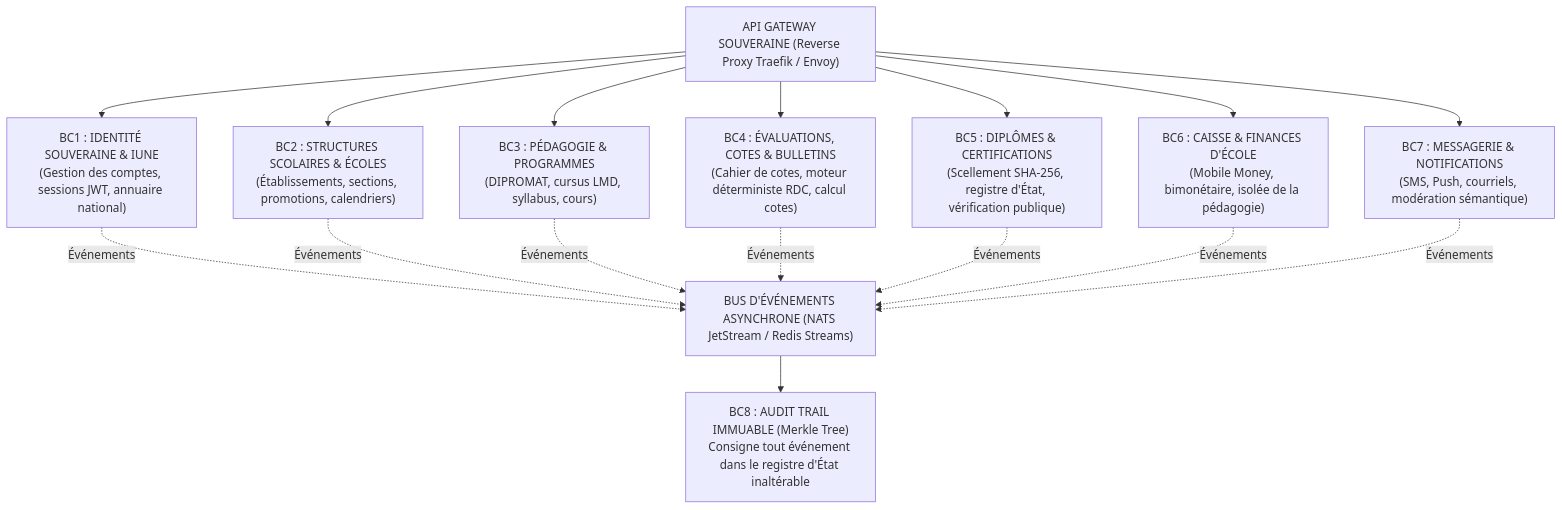
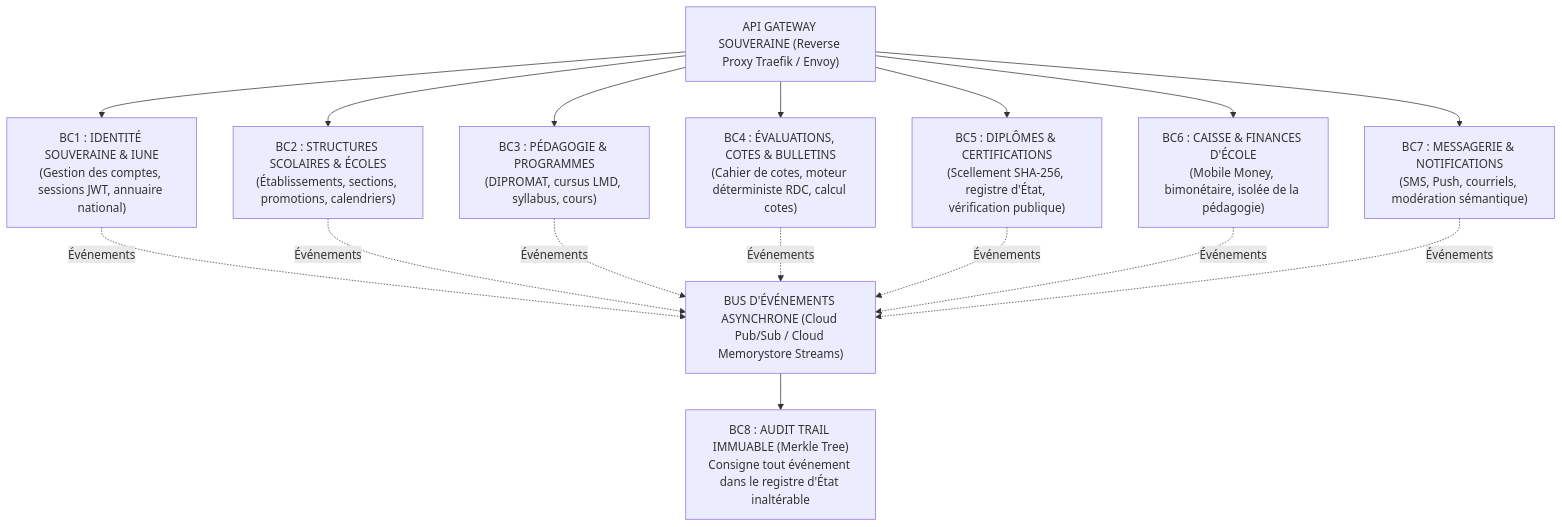
One commit to Adolphechris/clenel-elysium changed the diagram in tome-7/110/README.md. Above: the diagram before and after it, drawn with Mermaid. The commit also changed other lines of this file and 39 other files, not shown here.

````diff
--- a/tome-7/110/README.md
+++ b/tome-7/110/README.md
@@ -20,24 +20,24 @@
 ```mermaid
 graph TD
     API_GW["API GATEWAY SOUVERAINE (Reverse Proxy Traefik / Envoy)"]
     
     API_GW --> BC1["BC1 : IDENTITÉ SOUVERAINE & IUNE\n(Gestion des comptes, sessions JWT, annuaire national)"]
     API_GW --> BC2["BC2 : STRUCTURES SCOLAIRES & ÉCOLES\n(Établissements, sections, promotions, calendriers)"]
     API_GW --> BC3["BC3 : PÉDAGOGIE & PROGRAMMES\n(DIPROMAT, cursus LMD, syllabus, cours)"]
     API_GW --> BC4["BC4 : ÉVALUATIONS, COTES & BULLETINS\n(Cahier de cotes, moteur déterministe RDC, calcul cotes)"]
     API_GW --> BC5["BC5 : DIPLÔMES & CERTIFICATIONS\n(Scellement SHA-256, registre d'État, vérification publique)"]
     API_GW --> BC6["BC6 : CAISSE & FINANCES D'ÉCOLE\n(Mobile Money, bimonétaire, isolée de la pédagogie)"]
     API_GW --> BC7["BC7 : MESSAGERIE & NOTIFICATIONS\n(SMS, Push, courriels, modération sémantique)"]
 
-    BUS["BUS D'ÉVÉNEMENTS ASYNCHRONE (NATS JetStream / Redis Streams)"]
+    BUS["BUS D'ÉVÉNEMENTS ASYNCHRONE (Cloud Pub/Sub / Cloud Memorystore Streams)"]
     
     BC1 -.->|Événements| BUS
     BC2 -.->|Événements| BUS
     BC3 -.->|Événements| BUS
     BC4 -.->|Événements| BUS
     BC5 -.->|Événements| BUS
     BC6 -.->|Événements| BUS
     BC7 -.->|Événements| BUS
     
     BUS --> AUDIT["BC8 : AUDIT TRAIL IMMUABLE (Merkle Tree)\nConsigne tout événement dans le registre d'État inaltérable"]
 ```
````
